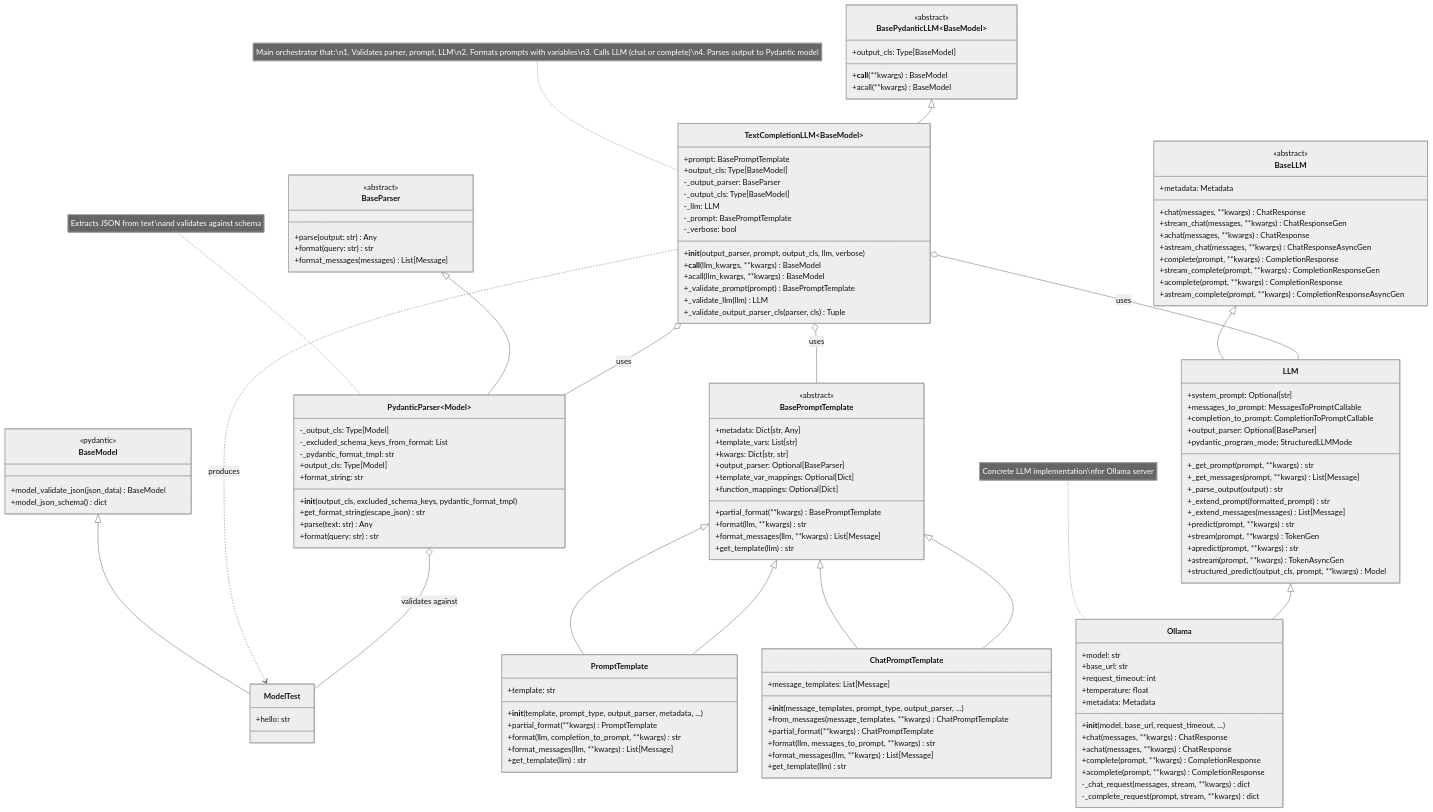
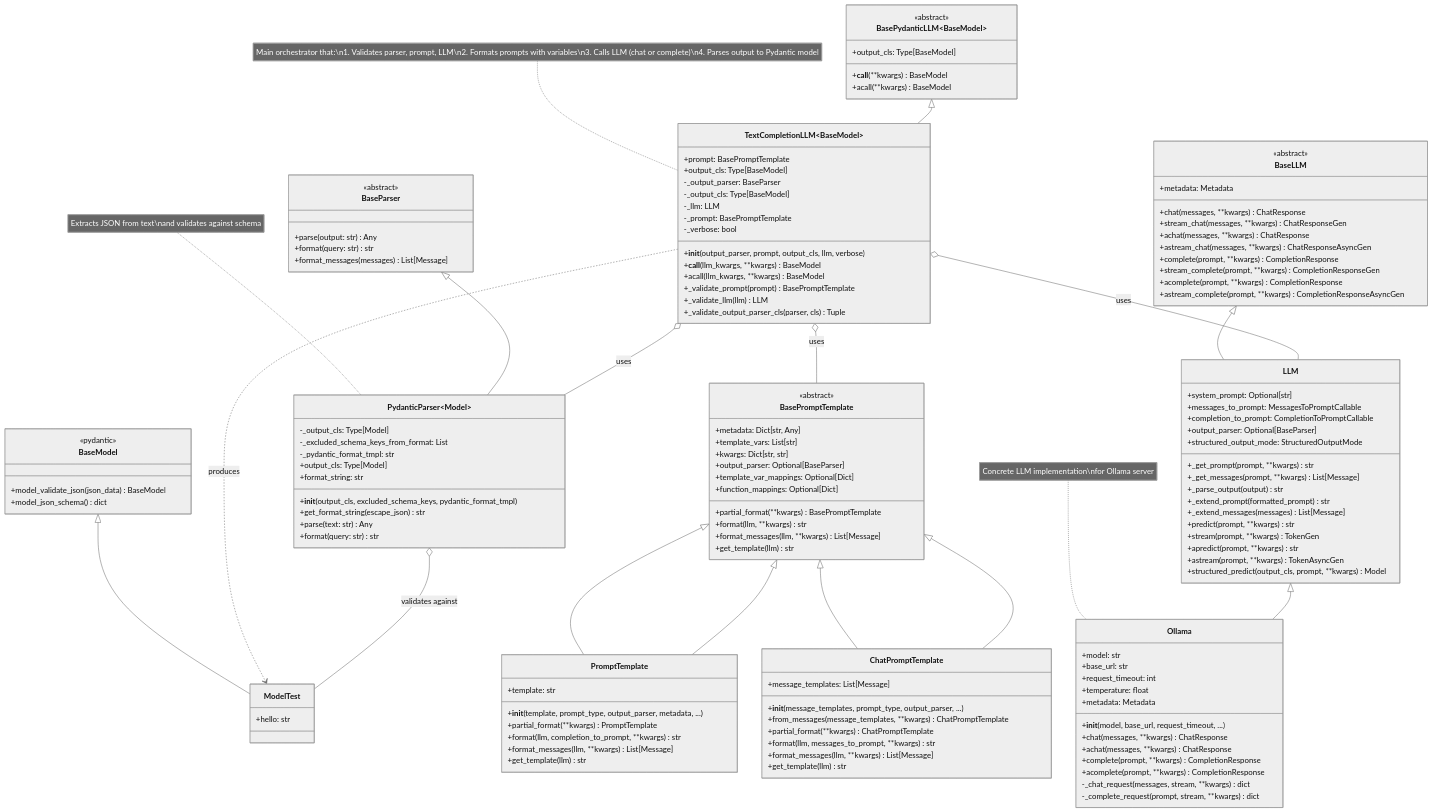
The diagram in docs/reference/core/llms/orchestrators/text_completion_llm/text_completion_llm_class.md (Serapieum-of-alex/serapeum), drawn with Mermaid (neutral theme) before and after one commit. The commit also changed 11 other files, not shown here.

```diff
--- a/docs/reference/core/llms/orchestrators/text_completion_llm/text_completion_llm_class.md
+++ b/docs/reference/core/llms/orchestrators/text_completion_llm/text_completion_llm_class.md
@@ -97,7 +97,7 @@
         +messages_to_prompt: MessagesToPromptCallable
         +completion_to_prompt: CompletionToPromptCallable
         +output_parser: Optional[BaseParser]
-        +pydantic_program_mode: StructuredLLMMode
+        +structured_output_mode: StructuredOutputMode
         +_get_prompt(prompt, **kwargs) str
         +_get_messages(prompt, **kwargs) List[Message]
         +_parse_output(output) str
```
